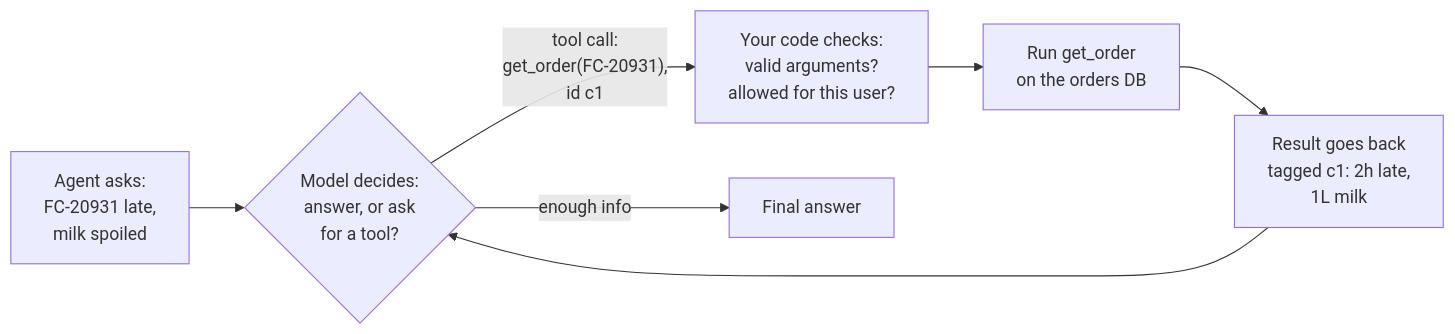
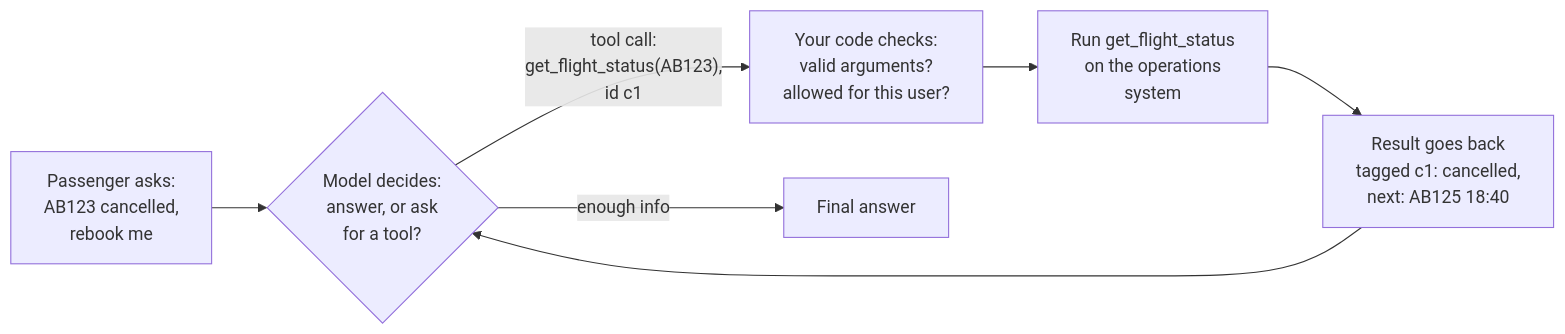
The second of 7 diagrams in src/Data/aiStackDocs/CH-05.md (shubamchaudhary/CodeNITW), drawn with Mermaid before and after one commit. The commit also changed other lines of this file and 32 other files, not shown here.

````diff
--- a/src/Data/aiStackDocs/CH-05.md
+++ b/src/Data/aiStackDocs/CH-05.md
@@ -33,9 +31,9 @@
 ```mermaid
 flowchart LR
-    U["Agent asks:<br/>FC-20931 late,<br/>milk spoiled"] --> M{"Model decides:<br/>answer, or ask<br/>for a tool?"}
-    M -->|"tool call:<br/>get_order(FC-20931),<br/>id c1"| G["Your code checks:<br/>valid arguments?<br/>allowed for this user?"]
-    G --> T1["Run get_order<br/>on the orders DB"]
-    T1 --> O["Result goes back<br/>tagged c1: 2h late,<br/>1L milk"]
+    U["Passenger asks:<br/>AB123 cancelled,<br/>rebook me"] --> M{"Model decides:<br/>answer, or ask<br/>for a tool?"}
+    M -->|"tool call:<br/>get_flight_status(AB123),<br/>id c1"| G["Your code checks:<br/>valid arguments?<br/>allowed for this user?"]
+    G --> T1["Run get_flight_status<br/>on the operations<br/>system"]
+    T1 --> O["Result goes back<br/>tagged c1: cancelled,<br/>next: AB125 18:40"]
     O --> M
     M -->|"enough info"| A["Final answer"]
 ```
````
